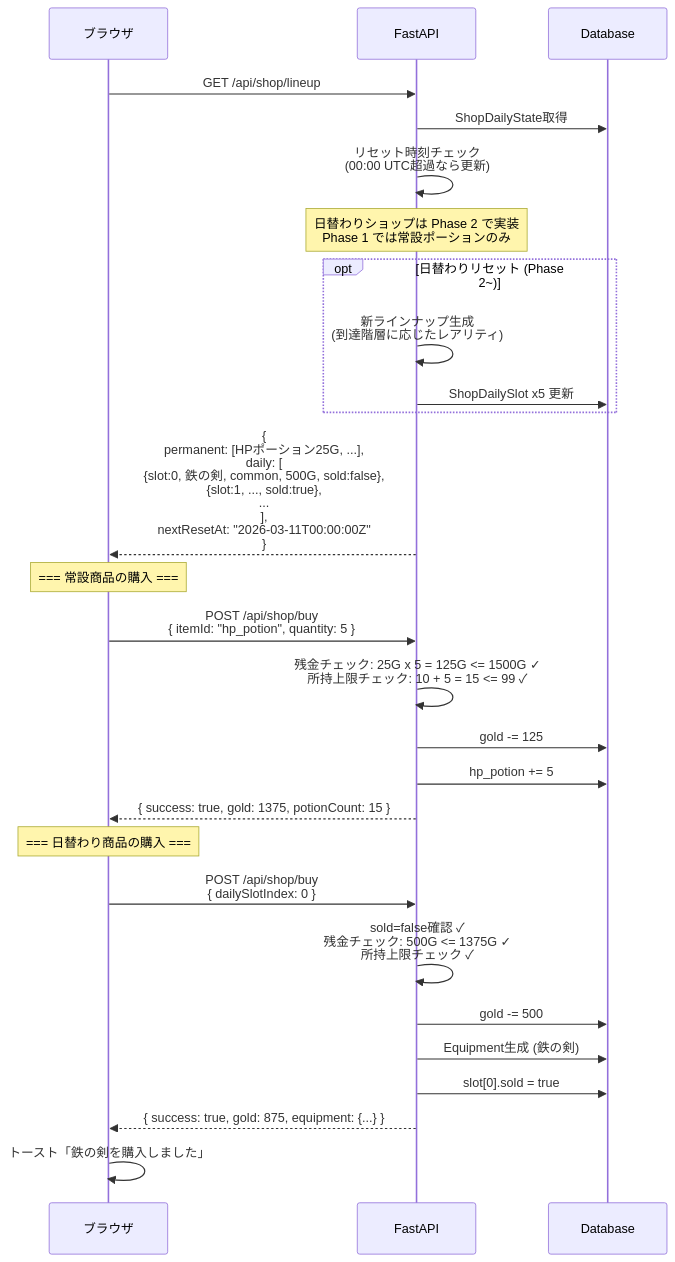
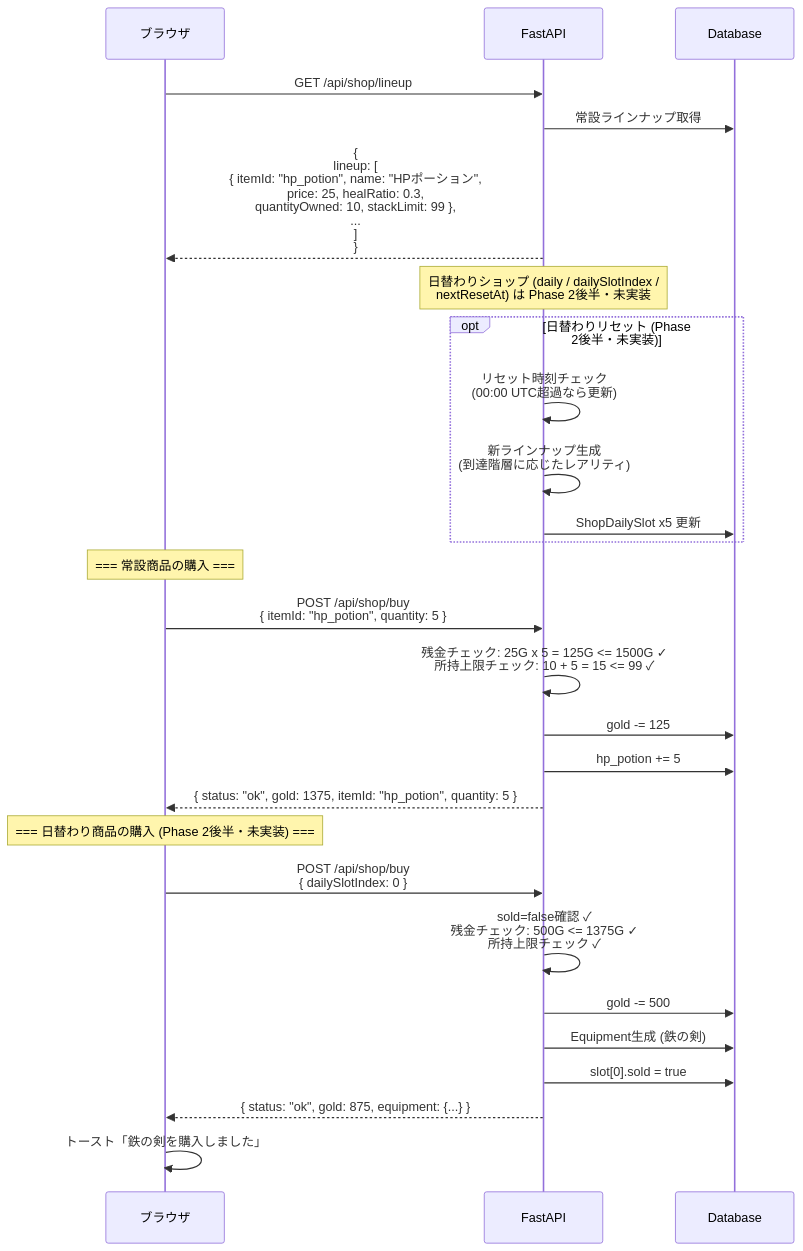
Before and after one commit to dateeee/2026_AFKGAME: the fifth of 14 diagrams in diagrams/api_sequence.md, drawn with Mermaid. The commit also changed other lines of this file and 34 other files, not shown here.

First line of the commit message:
docs+fix: 工程定義に基づく要件〜詳細設計の見直し — 全仕様書・設計図レビューと指摘修正

````diff
--- a/diagrams/api_sequence.md
+++ b/diagrams/api_sequence.md
@@ -166,39 +190,39 @@
 ```mermaid
 %%{init: {'theme': 'default', 'sequence': {'actorFontSize': 18, 'messageFontSize': 16, 'noteFontSize': 14}} }%%
 sequenceDiagram
     participant B as ブラウザ
     participant API as FastAPI
     participant DB as Database
 
     B->>API: GET /api/shop/lineup
-    API->>DB: ShopDailyState取得
-    API->>API: リセット時刻チェック<br/>(00:00 UTC超過なら更新)
+    API->>DB: 常設ラインナップ取得
 
-    Note over API: 日替わりショップは Phase 2 で実装<br/>Phase 1 では常設ポーションのみ
+    API-->>B: {<br/>  lineup: [<br/>    { itemId: "hp_potion", name: "HPポーション",<br/>      price: 25, healRatio: 0.3,<br/>      quantityOwned: 10, stackLimit: 99 },<br/>    ...<br/>  ]<br/>}
 
-    opt 日替わりリセット (Phase 2~)
+    Note over API: 日替わりショップ (daily / dailySlotIndex /<br/>nextResetAt) は Phase 2後半・未実装
+
+    opt 日替わりリセット (Phase 2後半・未実装)
+        API->>API: リセット時刻チェック<br/>(00:00 UTC超過なら更新)
         API->>API: 新ラインナップ生成<br/>(到達階層に応じたレアリティ)
         API->>DB: ShopDailySlot x5 更新
     end
-
-    API-->>B: {<br/>  permanent: [HPポーション25G, ...],<br/>  daily: [<br/>    {slot:0, 鉄の剣, common, 500G, sold:false},<br/>    {slot:1, ..., sold:true},<br/>    ...<br/>  ],<br/>  nextResetAt: "2026-03-11T00:00:00Z"<br/>}
 
     Note over B: === 常設商品の購入 ===
 
     B->>API: POST /api/shop/buy<br/>{ itemId: "hp_potion", quantity: 5 }
     API->>API: 残金チェック: 25G x 5 = 125G <= 1500G ✓<br/>所持上限チェック: 10 + 5 = 15 <= 99 ✓
     API->>DB: gold -= 125
     API->>DB: hp_potion += 5
-    API-->>B: { success: true, gold: 1375, potionCount: 15 }
+    API-->>B: { status: "ok", gold: 1375, itemId: "hp_potion", quantity: 5 }
 
-    Note over B: === 日替わり商品の購入 ===
+    Note over B: === 日替わり商品の購入 (Phase 2後半・未実装) ===
 
     B->>API: POST /api/shop/buy<br/>{ dailySlotIndex: 0 }
     API->>API: sold=false確認 ✓<br/>残金チェック: 500G <= 1375G ✓<br/>所持上限チェック ✓
     API->>DB: gold -= 500
     API->>DB: Equipment生成 (鉄の剣)
     API->>DB: slot[0].sold = true
-    API-->>B: { success: true, gold: 875, equipment: {...} }
+    API-->>B: { status: "ok", gold: 875, equipment: {...} }
 
     B->>B: トースト「鉄の剣を購入しました」
 ```
````
